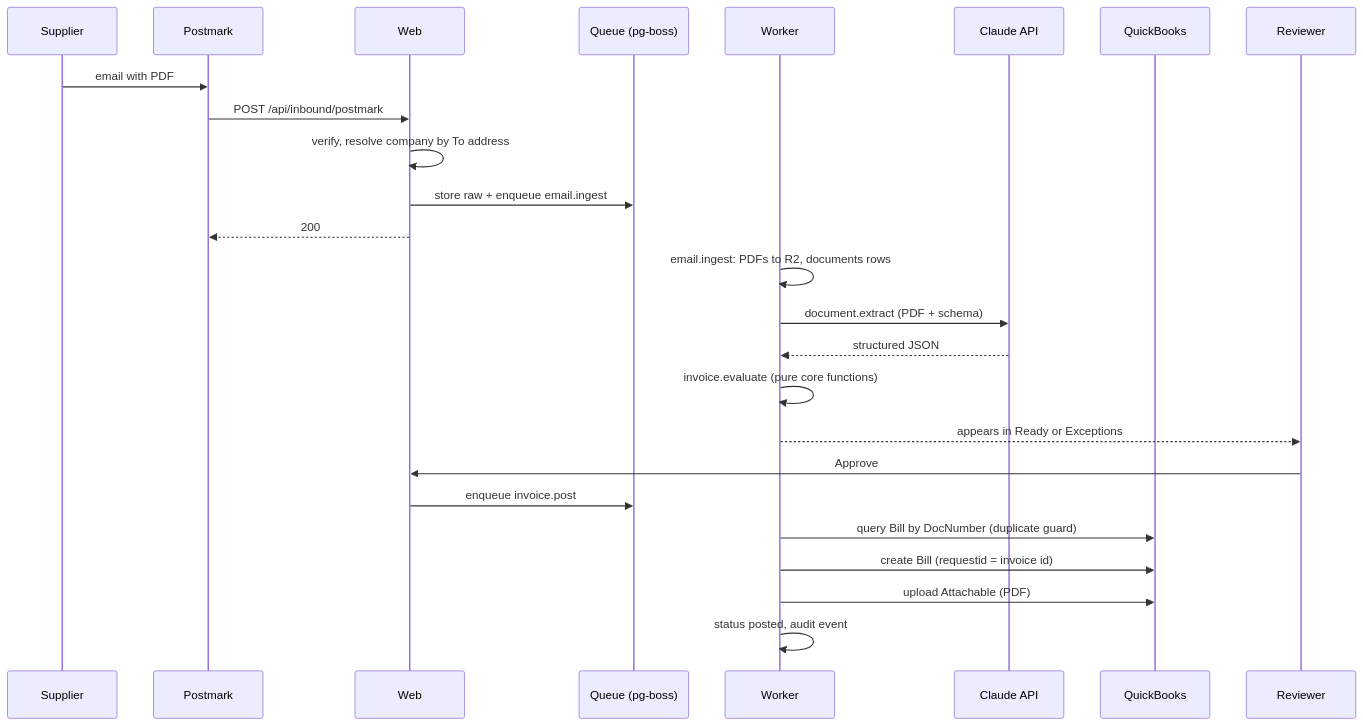
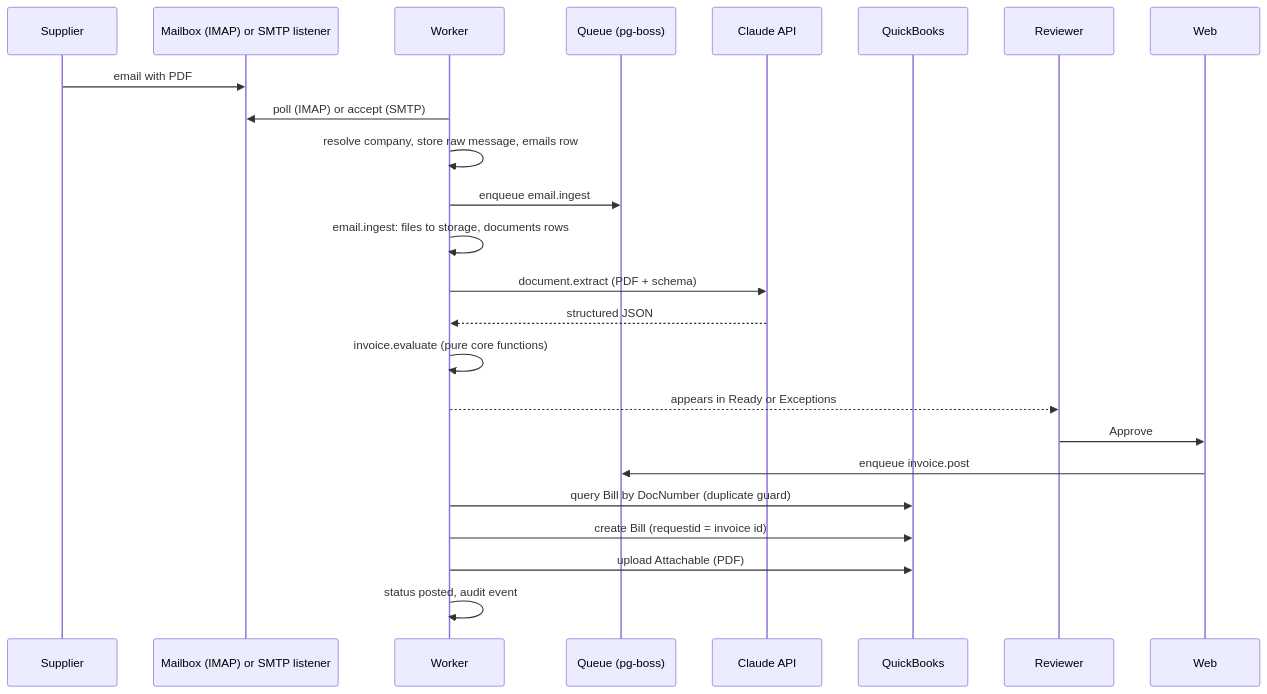
One commit to aryanonline/ap-agent-kit changed the third of 3 diagrams in docs/04-architecture.md. Above: the diagram before and after it, drawn with Mermaid. The commit also changed other lines of this file and 13 other files, not shown here.

````diff
--- a/docs/04-architecture.md
+++ b/docs/04-architecture.md
@@ -174,28 +190,27 @@
 ```mermaid
 sequenceDiagram
   participant S as Supplier
-  participant P as Postmark
-  participant W as Web
+  participant M as Mailbox (IMAP) or SMTP listener
+  participant K as Worker
   participant Q as Queue (pg-boss)
-  participant K as Worker
   participant C as Claude API
   participant B as QuickBooks
   participant R as Reviewer
+  participant W as Web
 
-  S->>P: email with PDF
-  P->>W: POST /api/inbound/postmark
-  W->>W: verify, resolve company by To address
-  W->>Q: store raw + enqueue email.ingest
-  W-->>P: 200
-  K->>K: email.ingest: PDFs to R2, documents rows
+  S->>M: email with PDF
+  K->>M: poll (IMAP) or accept (SMTP)
+  K->>K: resolve company, store raw message, emails row
+  K->>Q: enqueue email.ingest
+  K->>K: email.ingest: files to storage, documents rows
   K->>C: document.extract (PDF + schema)
   C-->>K: structured JSON
   K->>K: invoice.evaluate (pure core functions)
   K-->>R: appears in Ready or Exceptions
   R->>W: Approve
   W->>Q: enqueue invoice.post
   K->>B: query Bill by DocNumber (duplicate guard)
   K->>B: create Bill (requestid = invoice id)
   K->>B: upload Attachable (PDF)
   K->>K: status posted, audit event
 ```
````
